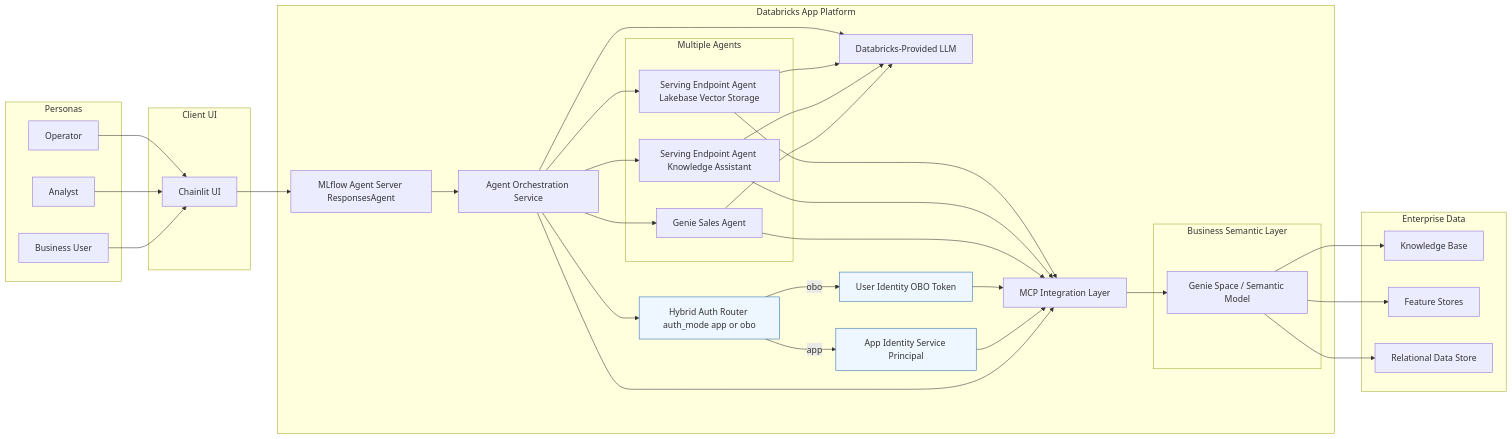
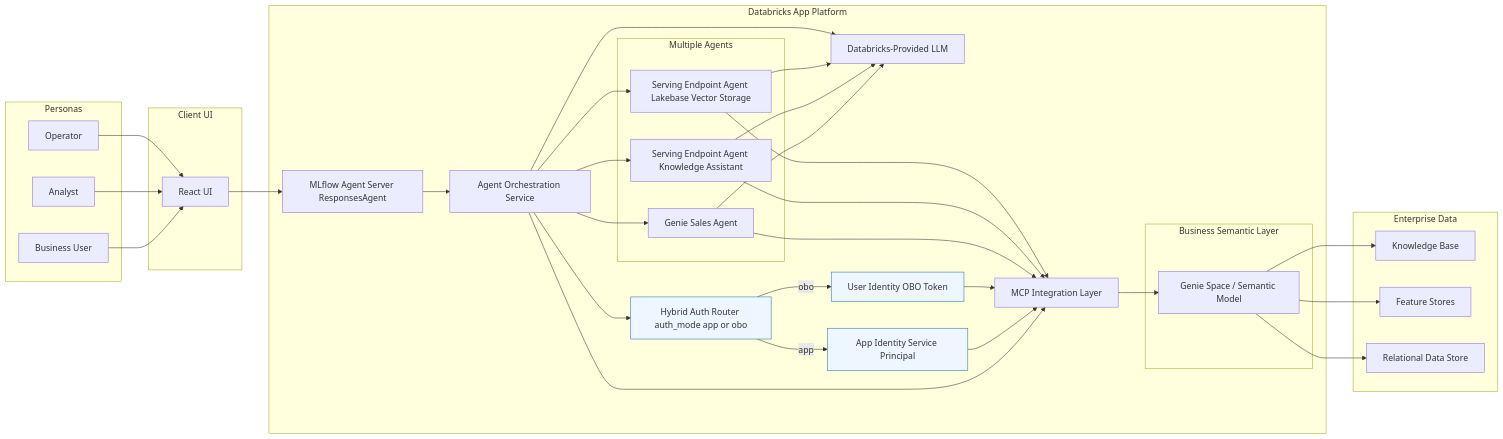
The first of 2 diagrams in docs/architecture/system-architecture.md (wchen-dea/Multi-Agent-App-On-Databricks), drawn with Mermaid before and after one commit. The commit also changed other lines of this file and 16 other files, not shown here.

````diff
--- a/docs/architecture/system-architecture.md
+++ b/docs/architecture/system-architecture.md
@@ -63,72 +63,72 @@
 ```mermaid
 flowchart LR
     subgraph Personas[Personas]
         P1[Business User]
         P2[Analyst]
         P3[Operator]
     end
 
     subgraph Client[Client UI]
-        UI[Chainlit UI]
+        UI[React UI]
     end
 
     subgraph Platform[Databricks App Platform]
         AS[MLflow Agent Server ResponsesAgent]
         ORCH[Agent Orchestration Service]
         AUTH[Hybrid Auth Router auth_mode app or obo]
         MCP[MCP Integration Layer]
         LLM[Databricks-Provided LLM]
 
         APPID[App Identity Service Principal]
         OBOID[User Identity OBO Token]
 
         subgraph Agents[Multiple Agents]
             A1[Genie Sales Agent]
             A2[Serving Endpoint Agent Knowledge Assistant]
             A3[Serving Endpoint Agent Lakebase Vector Storage]
         end
 
         subgraph Semantic[Business Semantic Layer]
             BSL[Genie Space / Semantic Model]
         end
     end
 
     subgraph Data[Enterprise Data]
         KB[Knowledge Base]
         FS[Feature Stores]
         RDS[Relational Data Store]
     end
 
     P1 --> UI
     P2 --> UI
     P3 --> UI
 
     UI --> AS
     AS --> ORCH
     ORCH --> AUTH
     AUTH -->|app| APPID
     AUTH -->|obo| OBOID
     ORCH --> A1
     ORCH --> A2
     ORCH --> A3
 
     A1 --> LLM
     A2 --> LLM
     A3 --> LLM
     ORCH --> LLM
 
     ORCH --> MCP
     APPID --> MCP
     OBOID --> MCP
     MCP --> BSL
     BSL --> KB
     BSL --> FS
     BSL --> RDS
 
     A1 --> MCP
     A2 --> MCP
     A3 --> MCP
 
     classDef auth fill:#eef7ff,stroke:#2b6cb0,stroke-width:1px;
     class AUTH,APPID,OBOID auth;
 ```
````
